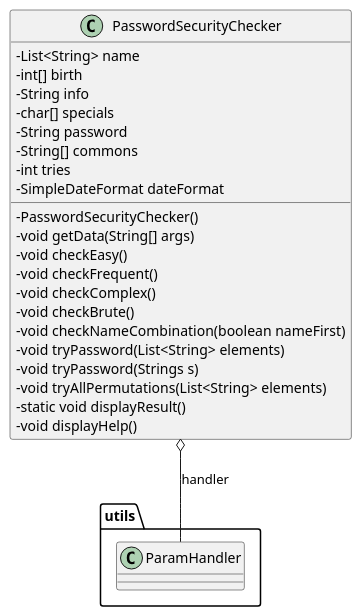
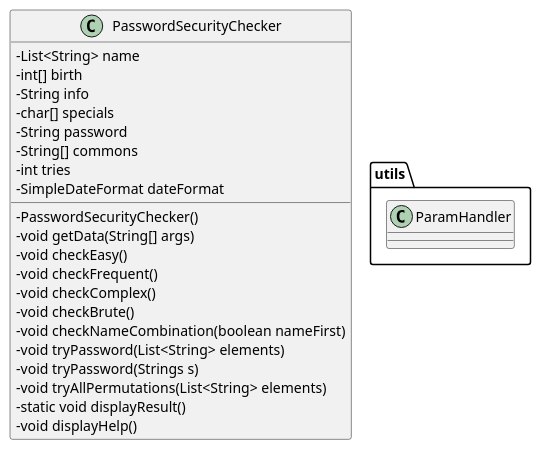
One commit to ErikPelloni/PasswordSecurityChecker changed the first of 2 diagrams in Documenti/PasswordSecurityChecker.puml. Above: the diagram before and after it, drawn with PlantUML. The commit also changed other lines of this file and 4 other files, not shown here.

```diff
--- a/Documenti/PasswordSecurityChecker.puml
+++ b/Documenti/PasswordSecurityChecker.puml
@@ -1,29 +1,29 @@
 @startuml "PasswordSecurityChecker"
 skinparam classAttributeIconSize 0
 class PasswordSecurityChecker{
     - List<String> name
     - int[] birth
     - String info
     - char[] specials
     - String password
     - String[] commons
     - int tries
     - SimpleDateFormat dateFormat
     - PasswordSecurityChecker()
     - void getData(String[] args)
     - void checkEasy()
     - void checkFrequent()
     - void checkComplex()
     - void checkBrute()
     - void checkNameCombination(boolean nameFirst)
     - void tryPassword(List<String> elements)
     - void tryPassword(Strings s)
     - void tryAllPermutations(List<String> elements)
     - static void displayResult()
     - void displayHelp()
 }
 
 class utils.ParamHandler
 
-PasswordSecurityChecker o-- utils.ParamHandler : handler
+
 @enduml
```
